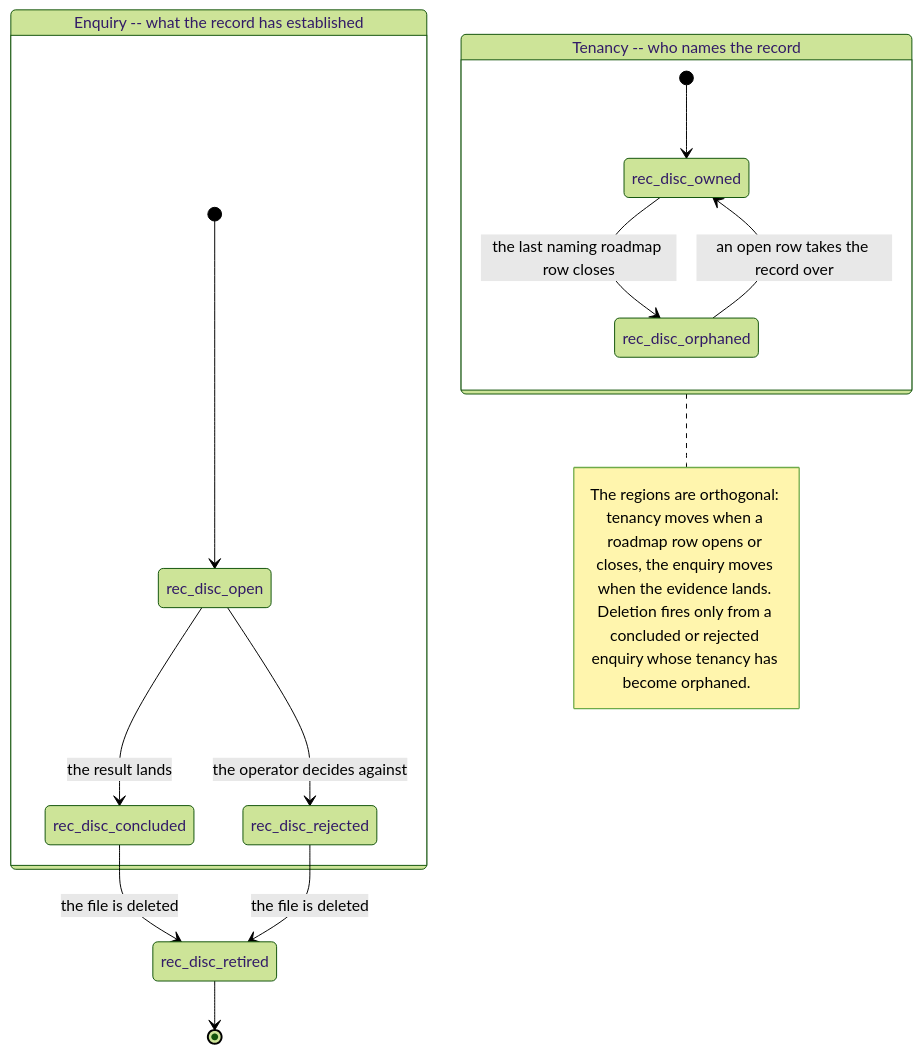
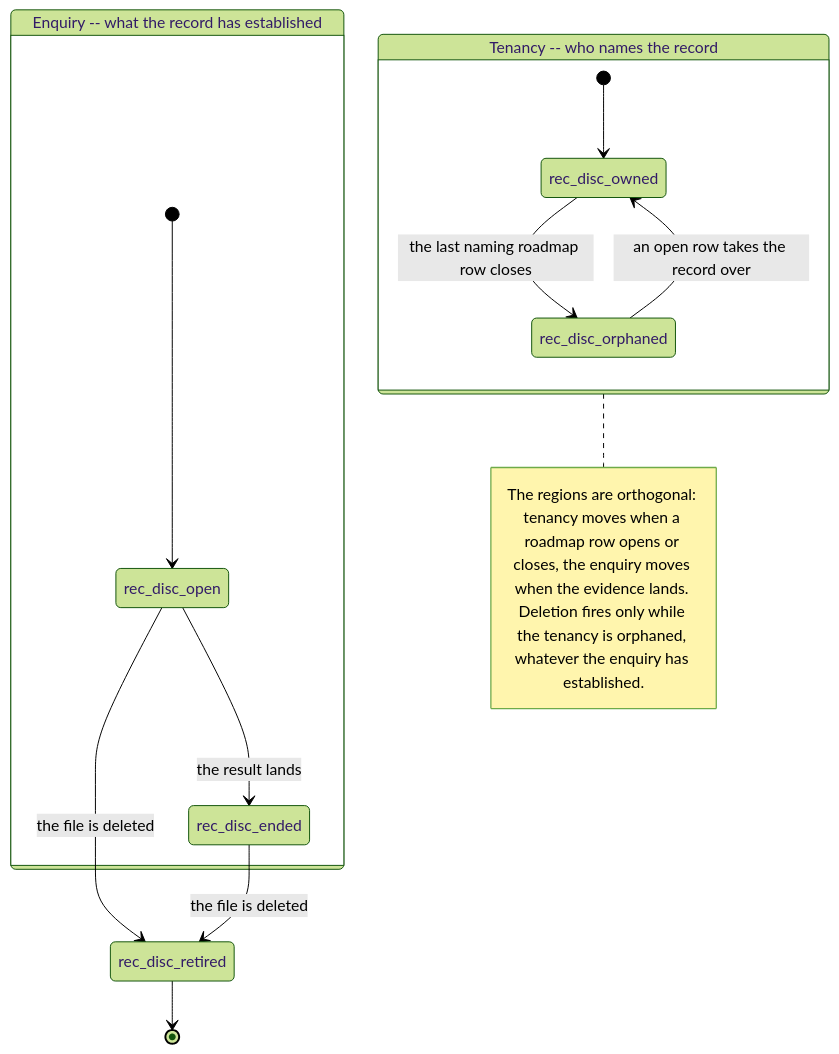
Before and after one commit to yaojiethng/agent-sandbox: the second of 2 diagrams in docs/reference/workflow_statechart.md, drawn with Mermaid (forest theme). The commit also changed other lines of this file and 12 other files, not shown here.

First line of the commit message:
workflow: collapse the discussion state vocabulary to open and ended

````diff
--- a/docs/reference/workflow_statechart.md
+++ b/docs/reference/workflow_statechart.md
@@ -214,19 +214,18 @@
 ```mermaid
 stateDiagram-v2
     state "Tenancy -- who names the record" as rec_disc_tenancy {
         [*] --> rec_disc_owned
         rec_disc_owned --> rec_disc_orphaned : the last naming roadmap row closes
         rec_disc_orphaned --> rec_disc_owned : an open row takes the record over
     }
     state "Enquiry -- what the record has established" as rec_disc_enquiry {
         [*] --> rec_disc_open
-        rec_disc_open --> rec_disc_concluded : the result lands
-        rec_disc_open --> rec_disc_rejected : the operator decides against
+        rec_disc_open --> rec_disc_ended : the result lands
     }
-    rec_disc_concluded --> rec_disc_retired : the file is deleted
-    rec_disc_rejected --> rec_disc_retired : the file is deleted
+    rec_disc_open --> rec_disc_retired : the file is deleted
+    rec_disc_ended --> rec_disc_retired : the file is deleted
     rec_disc_retired --> [*]
     note right of rec_disc_tenancy
-        The regions are orthogonal: tenancy moves when a roadmap row opens or closes, the enquiry moves when the evidence lands. Deletion fires only from a concluded or rejected enquiry whose tenancy has become orphaned.
+        The regions are orthogonal: tenancy moves when a roadmap row opens or closes, the enquiry moves when the evidence lands. Deletion fires only while the tenancy is orphaned, whatever the enquiry has established.
     end note
 ```
````
